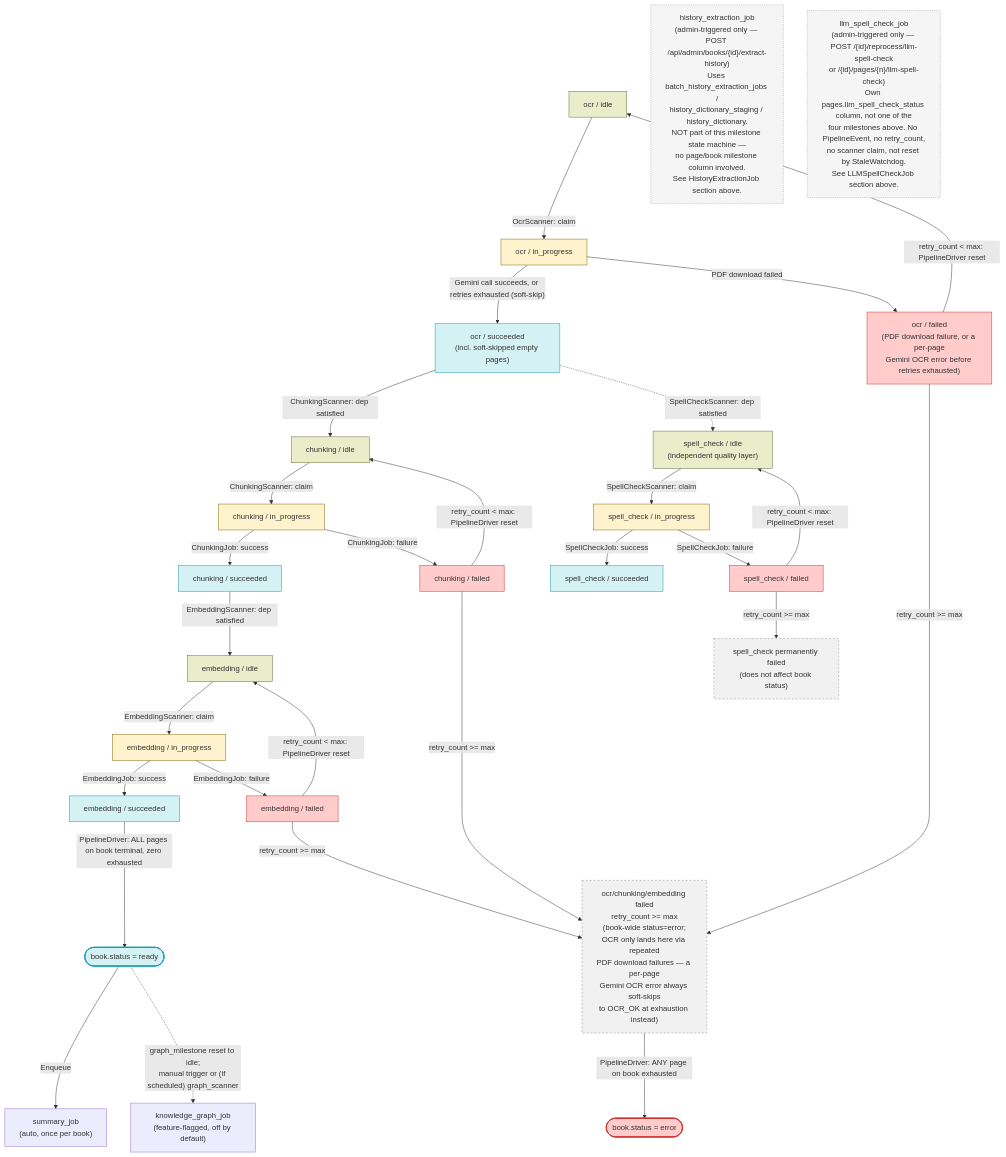
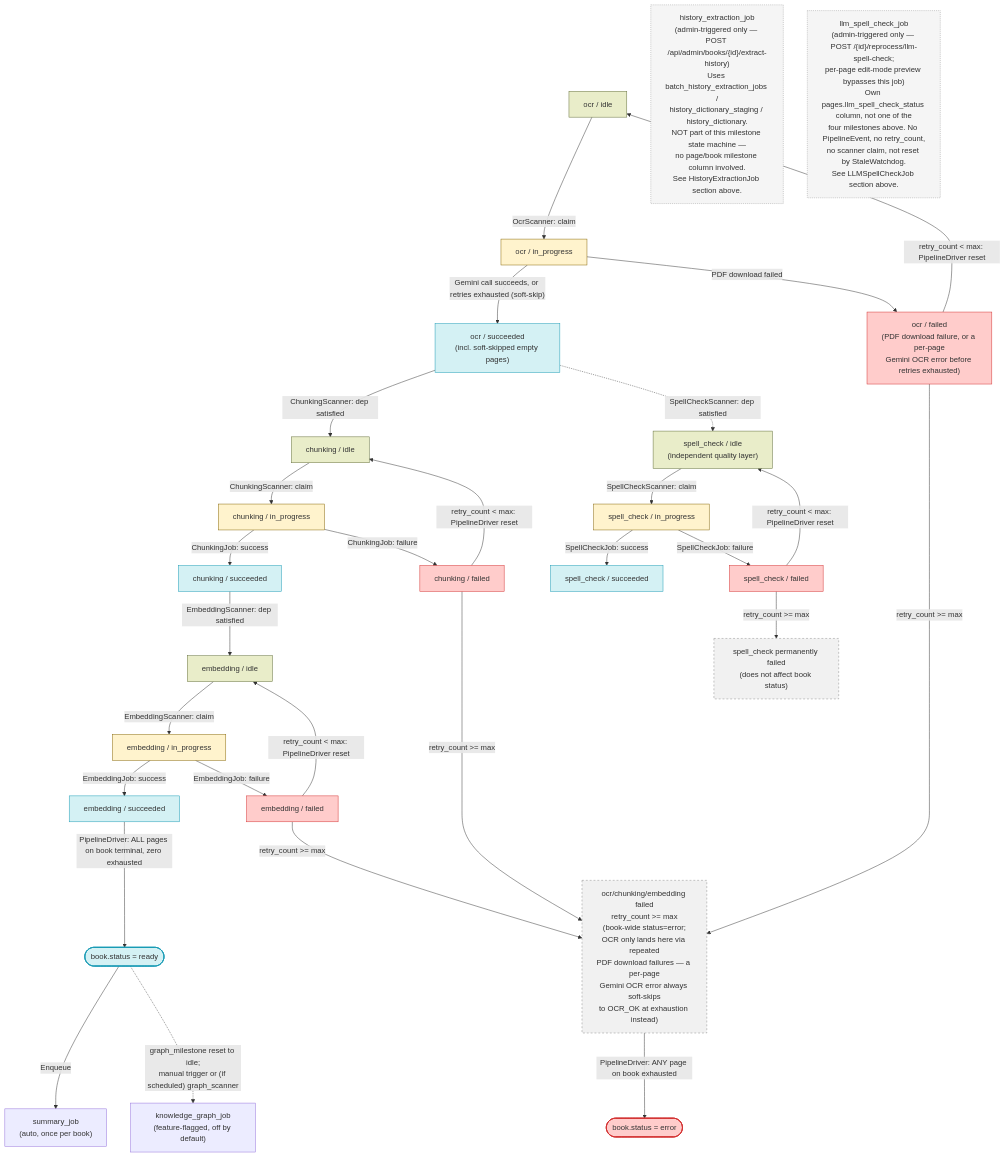
One commit to Kitabim-AI/kitabim-ai changed the diagram in docs/main/WORKER_DESIGN.md. Above: the diagram before and after it, drawn with Mermaid. The commit also changed other lines of this file and 6 other files, not shown here.

First line of the commit message:
docs: per-page LLM spell check moved to edit-mode preview

````diff
--- a/docs/main/WORKER_DESIGN.md
+++ b/docs/main/WORKER_DESIGN.md
@@ -256,72 +257,72 @@
 ```mermaid
 flowchart TD
     OCR_IDLE["ocr / idle"]
     OCR_IP["ocr / in_progress"]
     OCR_OK["ocr / succeeded<br/>(incl. soft-skipped empty pages)"]
     OCR_FAIL["ocr / failed<br/>(PDF download failure, or a per-page<br/>Gemini OCR error before retries exhausted)"]
     CHUNK_IDLE["chunking / idle"]
     CHUNK_IP["chunking / in_progress"]
     CHUNK_OK["chunking / succeeded"]
     CHUNK_FAIL["chunking / failed"]
     EMB_IDLE["embedding / idle"]
     EMB_IP["embedding / in_progress"]
     EMB_OK["embedding / succeeded"]
     EMB_FAIL["embedding / failed"]
     SPELL_IDLE["spell_check / idle<br/>(independent quality layer)"]
     SPELL_IP["spell_check / in_progress"]
     SPELL_OK["spell_check / succeeded"]
     SPELL_FAIL["spell_check / failed"]
     EXHAUSTED["ocr/chunking/embedding failed<br/>retry_count >= max<br/>(book-wide status=error;<br/>OCR only lands here via repeated<br/>PDF download failures — a per-page<br/>Gemini OCR error always soft-skips<br/>to OCR_OK at exhaustion instead)"]
     HISTORY_NOTE["history_extraction_job<br/>(admin-triggered only — POST /api/admin/books/{id}/extract-history)<br/>Uses batch_history_extraction_jobs /<br/>history_dictionary_staging / history_dictionary.<br/>NOT part of this milestone state machine —<br/>no page/book milestone column involved.<br/>See HistoryExtractionJob section above."]
-    LLM_SPELL_NOTE["llm_spell_check_job<br/>(admin-triggered only — POST /{id}/reprocess/llm-spell-check<br/>or /{id}/pages/{n}/llm-spell-check)<br/>Own pages.llm_spell_check_status column, not one of the<br/>four milestones above. No PipelineEvent, no retry_count,<br/>no scanner claim, not reset by StaleWatchdog.<br/>See LLMSpellCheckJob section above."]
+    LLM_SPELL_NOTE["llm_spell_check_job<br/>(admin-triggered only — POST /{id}/reprocess/llm-spell-check;<br/>per-page edit-mode preview bypasses this job)<br/>Own pages.llm_spell_check_status column, not one of the<br/>four milestones above. No PipelineEvent, no retry_count,<br/>no scanner claim, not reset by StaleWatchdog.<br/>See LLMSpellCheckJob section above."]
 
     OCR_IDLE -->|OcrScanner: claim| OCR_IP
     OCR_IP -->|"Gemini call succeeds, or retries exhausted (soft-skip)"| OCR_OK
     OCR_IP -->|PDF download failed| OCR_FAIL
     OCR_FAIL -->|retry_count < max: PipelineDriver reset| OCR_IDLE
     OCR_FAIL -->|retry_count >= max| EXHAUSTED
     OCR_OK -->|ChunkingScanner: dep satisfied| CHUNK_IDLE
     OCR_OK -.->|SpellCheckScanner: dep satisfied| SPELL_IDLE
 
     CHUNK_IDLE -->|ChunkingScanner: claim| CHUNK_IP
     CHUNK_IP -->|ChunkingJob: success| CHUNK_OK
     CHUNK_IP -->|ChunkingJob: failure| CHUNK_FAIL
     CHUNK_FAIL -->|retry_count < max: PipelineDriver reset| CHUNK_IDLE
     CHUNK_FAIL -->|retry_count >= max| EXHAUSTED
     CHUNK_OK -->|EmbeddingScanner: dep satisfied| EMB_IDLE
 
     EMB_IDLE -->|EmbeddingScanner: claim| EMB_IP
     EMB_IP -->|EmbeddingJob: success| EMB_OK
     EMB_IP -->|EmbeddingJob: failure| EMB_FAIL
     EMB_FAIL -->|retry_count < max: PipelineDriver reset| EMB_IDLE
     EMB_FAIL -->|retry_count >= max| EXHAUSTED
     EMB_OK -->|"PipelineDriver: ALL pages on book terminal, zero exhausted"| BookReady(["book.status = ready"])
     EXHAUSTED -->|"PipelineDriver: ANY page on book exhausted"| BookError(["book.status = error"])
 
     BookReady -->|Enqueue| SummaryJob["summary_job<br/>(auto, once per book)"]
     BookReady -.->|"graph_milestone reset to idle;<br/>manual trigger or (if scheduled) graph_scanner"| KGJob["knowledge_graph_job<br/>(feature-flagged, off by default)"]
 
     SPELL_IDLE -->|SpellCheckScanner: claim| SPELL_IP
     SPELL_IP -->|SpellCheckJob: success| SPELL_OK
     SPELL_IP -->|SpellCheckJob: failure| SPELL_FAIL
     SPELL_FAIL -->|retry_count < max: PipelineDriver reset| SPELL_IDLE
     SPELL_FAIL -->|retry_count >= max| SPELL_TERMINAL["spell_check permanently failed<br/>(does not affect book status)"]
 
     classDef idle fill:#e9edc9,stroke:#606c38
     classDef active fill:#fff3cd,stroke:#856404
     classDef done fill:#d4f1f4,stroke:#189ab4
     classDef fail fill:#ffcccb,stroke:#d32f2f
     classDef terminal fill:#f1f1f1,stroke:#888,stroke-dasharray:4 4
     classDef book fill:#d4f1f4,stroke:#189ab4,stroke-width:2px
     classDef bookErr fill:#ffcccb,stroke:#d32f2f,stroke-width:2px
     classDef note fill:#f5f5f5,stroke:#999,stroke-dasharray:2 2
 
     class OCR_IDLE,CHUNK_IDLE,EMB_IDLE,SPELL_IDLE idle
     class OCR_IP,CHUNK_IP,EMB_IP,SPELL_IP active
     class OCR_OK,CHUNK_OK,EMB_OK,SPELL_OK done
     class OCR_FAIL,CHUNK_FAIL,EMB_FAIL,SPELL_FAIL fail
     class EXHAUSTED,SPELL_TERMINAL terminal
     class BookReady book
     class BookError bookErr
     class HISTORY_NOTE,LLM_SPELL_NOTE note
 ```
````
